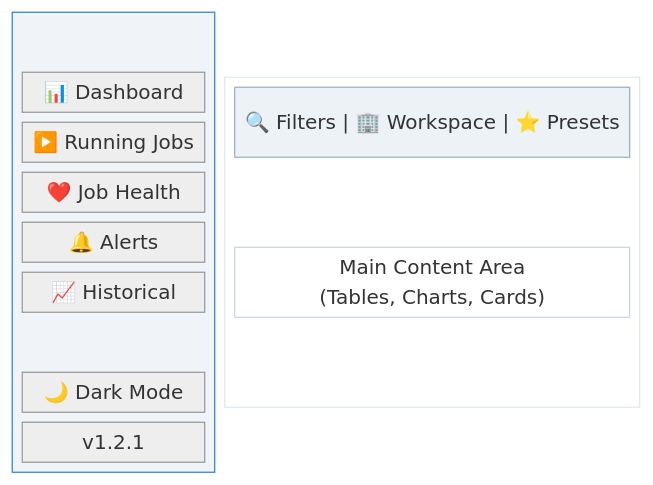
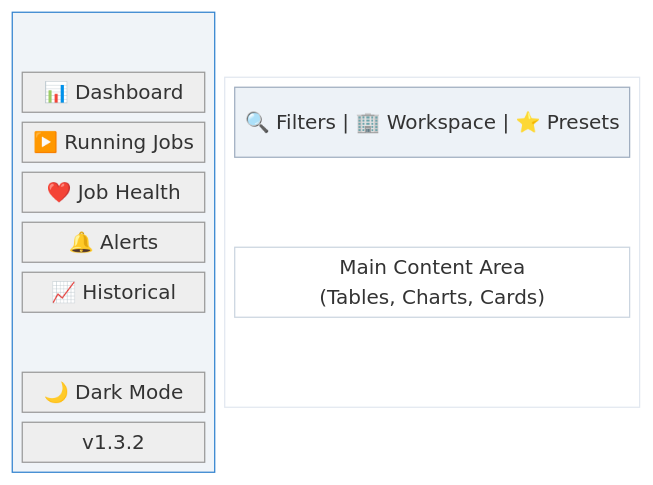
One commit to LaurentPRAT-DB/job_monitor changed the first of 2 diagrams in docs/USER_GUIDE.md. Above: the diagram before and after it, drawn with Mermaid. The commit also changed other lines of this file and 2 other files, not shown here.

````diff
--- a/docs/USER_GUIDE.md
+++ b/docs/USER_GUIDE.md
@@ -106,31 +106,31 @@
 ```mermaid
 %%{init: {'theme': 'neutral'}}%%
 block-beta
     columns 3
 
     block:sidebar:1
         columns 1
         space
         dash["📊 Dashboard"]
         running["▶️ Running Jobs"]
         health["❤️ Job Health"]
         alerts["🔔 Alerts"]
         hist["📈 Historical"]
         space
         dark["🌙 Dark Mode"]
-        ver["v1.2.1"]
+        ver["v1.3.2"]
     end
 
     block:main:2
         columns 1
         filters["🔍 Filters | 🏢 Workspace | ⭐ Presets"]
         space
         content["Main Content Area\n(Tables, Charts, Cards)"]
         space
     end
 
     style sidebar fill:#f0f4f8,stroke:#3182ce
     style main fill:#fff,stroke:#e2e8f0
     style filters fill:#edf2f7,stroke:#a0aec0
     style content fill:#fff,stroke:#cbd5e0
 ```
````
